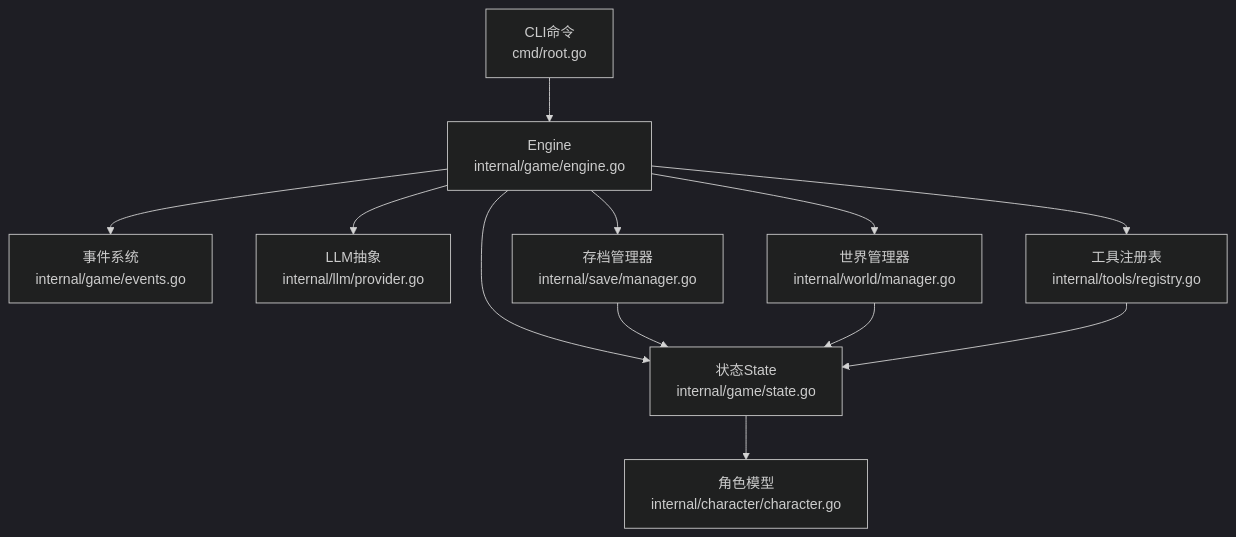
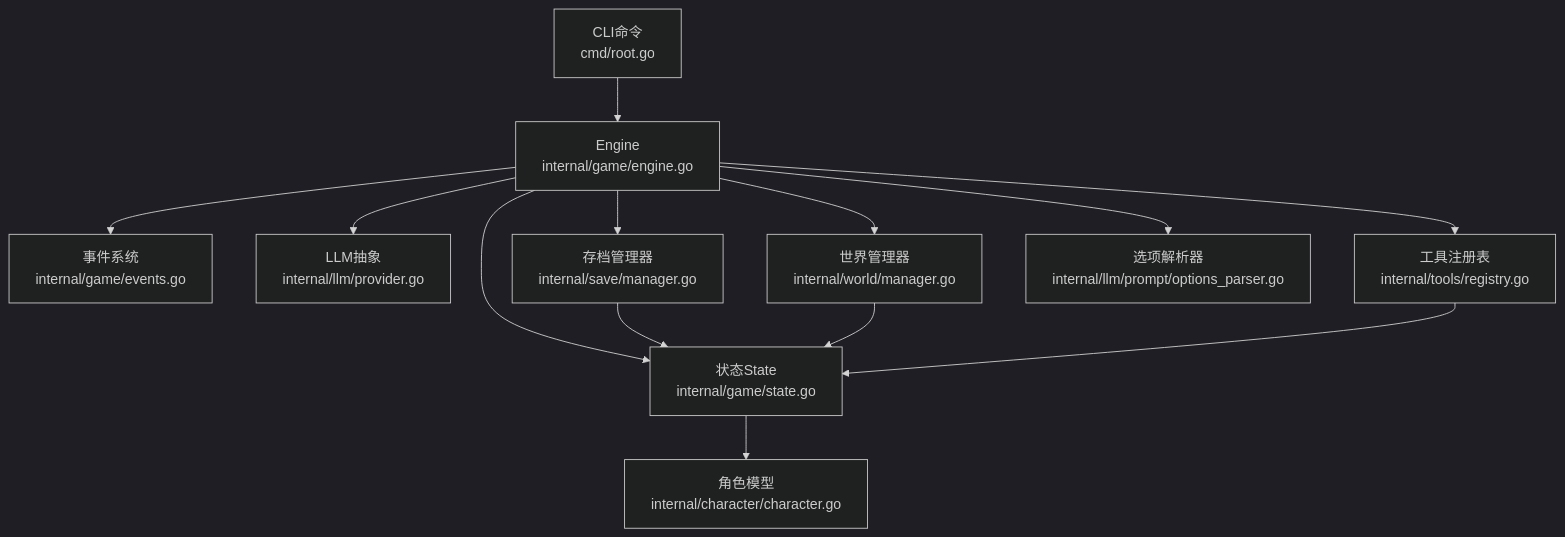
The second of 12 diagrams in .qoder/repowiki/zh/content/游戏引擎架构/游戏引擎架构.md (zwh8800/cdnd), drawn with Mermaid (dark theme) before and after one commit. The commit also changed other lines of this file and 6 other files, not shown here.

````diff
--- a/.qoder/repowiki/zh/content/游戏引擎架构/游戏引擎架构.md
+++ b/.qoder/repowiki/zh/content/游戏引擎架构/游戏引擎架构.md
@@ -141,14 +156,15 @@
 ```mermaid
 graph TB
 CLI["CLI命令<br/>cmd/root.go"] --> ENG["Engine<br/>internal/game/engine.go"]
 ENG --> EVT["事件系统<br/>internal/game/events.go"]
 ENG --> ST["状态State<br/>internal/game/state.go"]
 ENG --> LLM["LLM抽象<br/>internal/llm/provider.go"]
 ENG --> TR["工具注册表<br/>internal/tools/registry.go"]
 ENG --> WR["世界管理器<br/>internal/world/manager.go"]
 ENG --> SV["存档管理器<br/>internal/save/manager.go"]
+ENG --> OPTPARSE["选项解析器<br/>internal/llm/prompt/options_parser.go"]
 ST --> CH["角色模型<br/>internal/character/character.go"]
 SV --> ST
 WR --> ST
 TR --> ST
 ```
````
